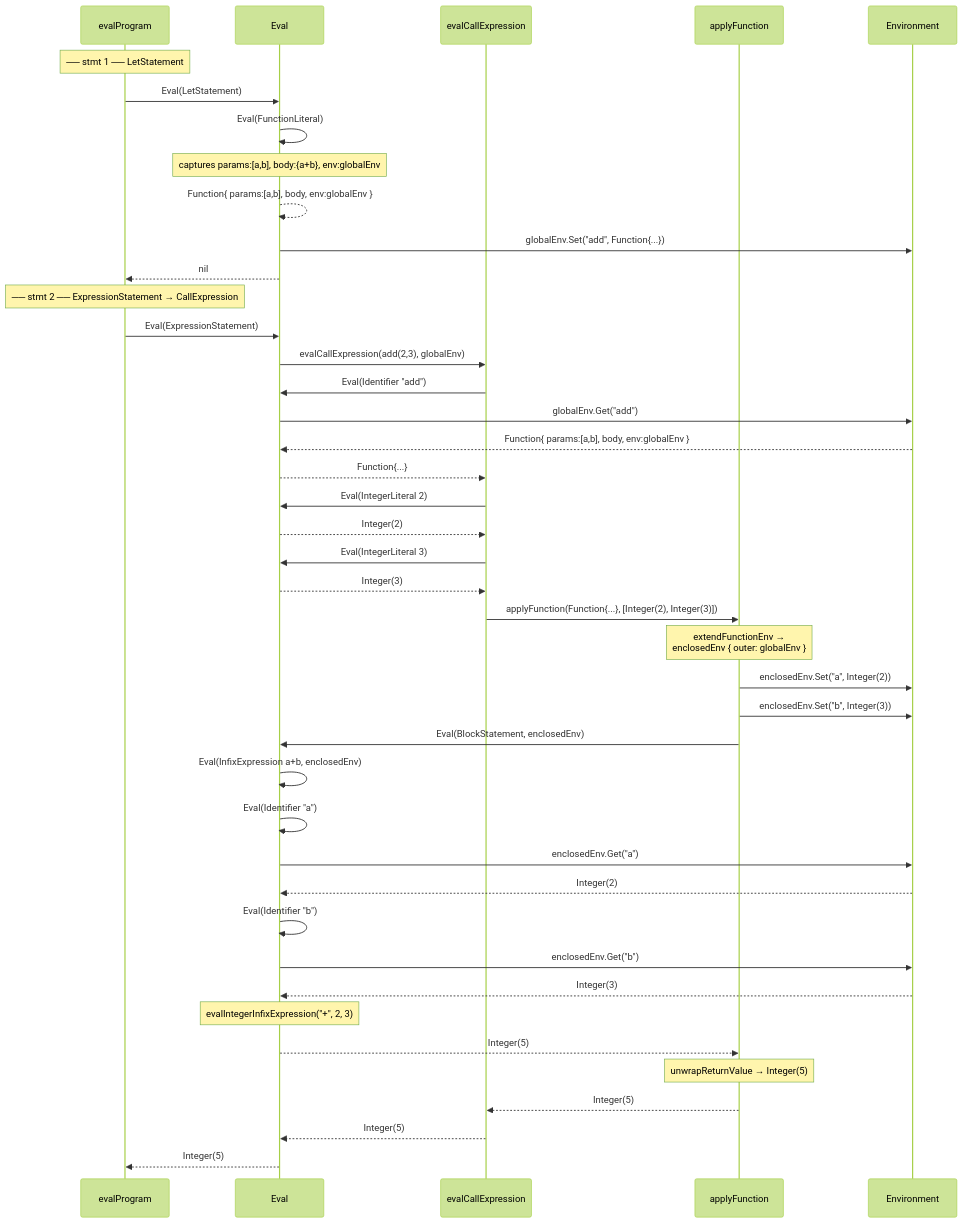
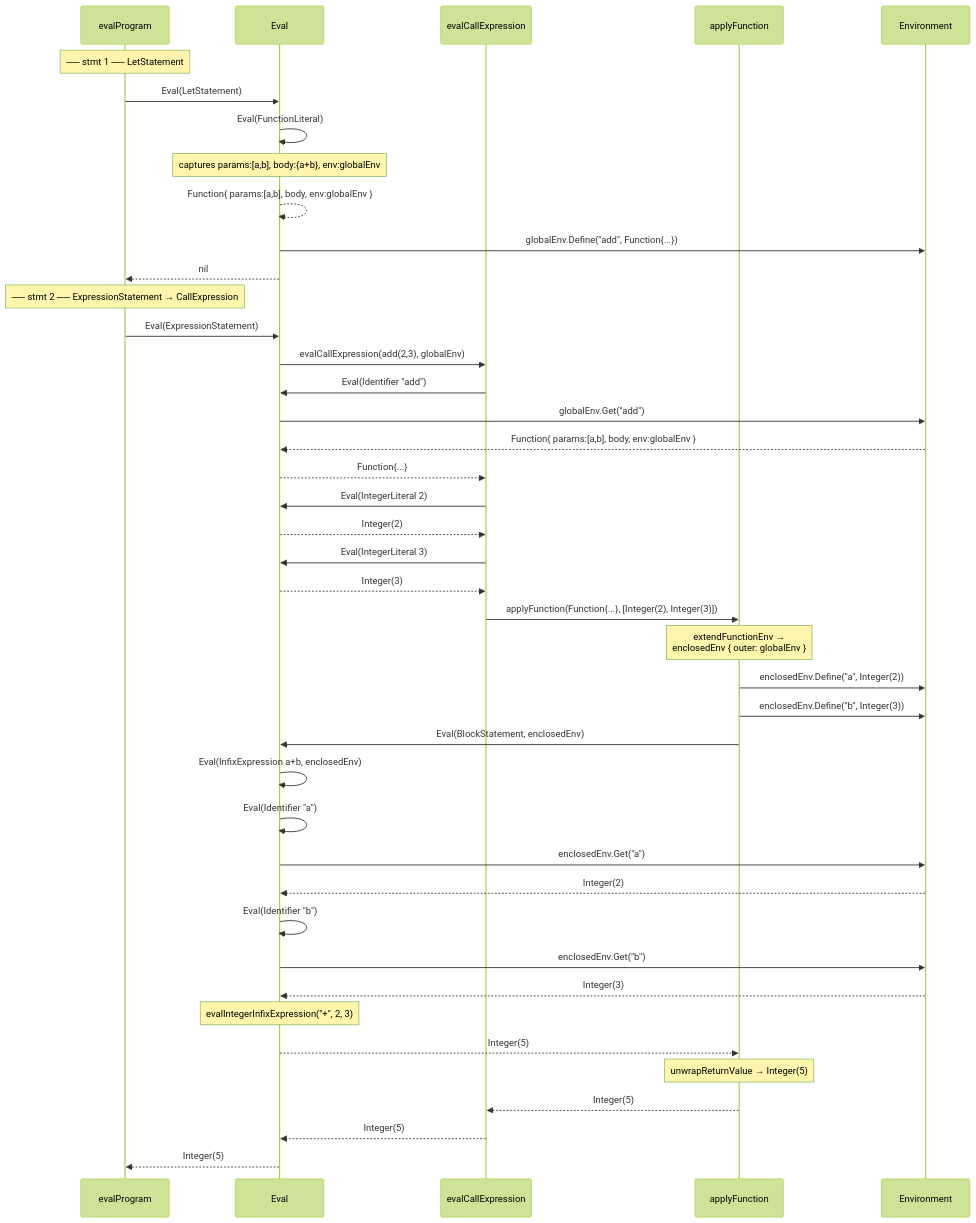
The diagram in docs/evaluator/evaluator.md (TheTangentLine/Learn_interpreter), drawn with Mermaid (forest theme) before and after one commit. The commit also changed other lines of this file and 2 other files, not shown here.

````diff
--- a/docs/evaluator/evaluator.md
+++ b/docs/evaluator/evaluator.md
@@ -309,55 +328,55 @@
 ```mermaid
 sequenceDiagram
     participant PG as evalProgram
     participant EV as Eval
     participant CE as evalCallExpression
     participant AF as applyFunction
     participant EN as Environment
 
     Note over PG: ── stmt 1 ── LetStatement
 
     PG->>EV: Eval(LetStatement)
     EV->>EV: Eval(FunctionLiteral)
     Note over EV: captures params:[a,b], body:{a+b}, env:globalEnv
     EV-->>EV: Function{ params:[a,b], body, env:globalEnv }
-    EV->>EN: globalEnv.Set("add", Function{...})
+    EV->>EN: globalEnv.Define("add", Function{...})
     EV-->>PG: nil
 
     Note over PG: ── stmt 2 ── ExpressionStatement → CallExpression
 
     PG->>EV: Eval(ExpressionStatement)
     EV->>CE: evalCallExpression(add(2,3), globalEnv)
 
     CE->>EV: Eval(Identifier "add")
     EV->>EN: globalEnv.Get("add")
     EN-->>EV: Function{ params:[a,b], body, env:globalEnv }
     EV-->>CE: Function{...}
 
     CE->>EV: Eval(IntegerLiteral 2)
     EV-->>CE: Integer(2)
     CE->>EV: Eval(IntegerLiteral 3)
     EV-->>CE: Integer(3)
 
     CE->>AF: applyFunction(Function{...}, [Integer(2), Integer(3)])
     Note over AF: extendFunctionEnv →<br/>enclosedEnv { outer: globalEnv }
-    AF->>EN: enclosedEnv.Set("a", Integer(2))
-    AF->>EN: enclosedEnv.Set("b", Integer(3))
+    AF->>EN: enclosedEnv.Define("a", Integer(2))
+    AF->>EN: enclosedEnv.Define("b", Integer(3))
 
     AF->>EV: Eval(BlockStatement, enclosedEnv)
     EV->>EV: Eval(InfixExpression a+b, enclosedEnv)
 
     EV->>EV: Eval(Identifier "a")
     EV->>EN: enclosedEnv.Get("a")
     EN-->>EV: Integer(2)
 
     EV->>EV: Eval(Identifier "b")
     EV->>EN: enclosedEnv.Get("b")
     EN-->>EV: Integer(3)
 
     Note over EV: evalIntegerInfixExpression("+", 2, 3)
     EV-->>AF: Integer(5)
     Note over AF: unwrapReturnValue → Integer(5)
     AF-->>CE: Integer(5)
     CE-->>EV: Integer(5)
     EV-->>PG: Integer(5)
 ```
````
